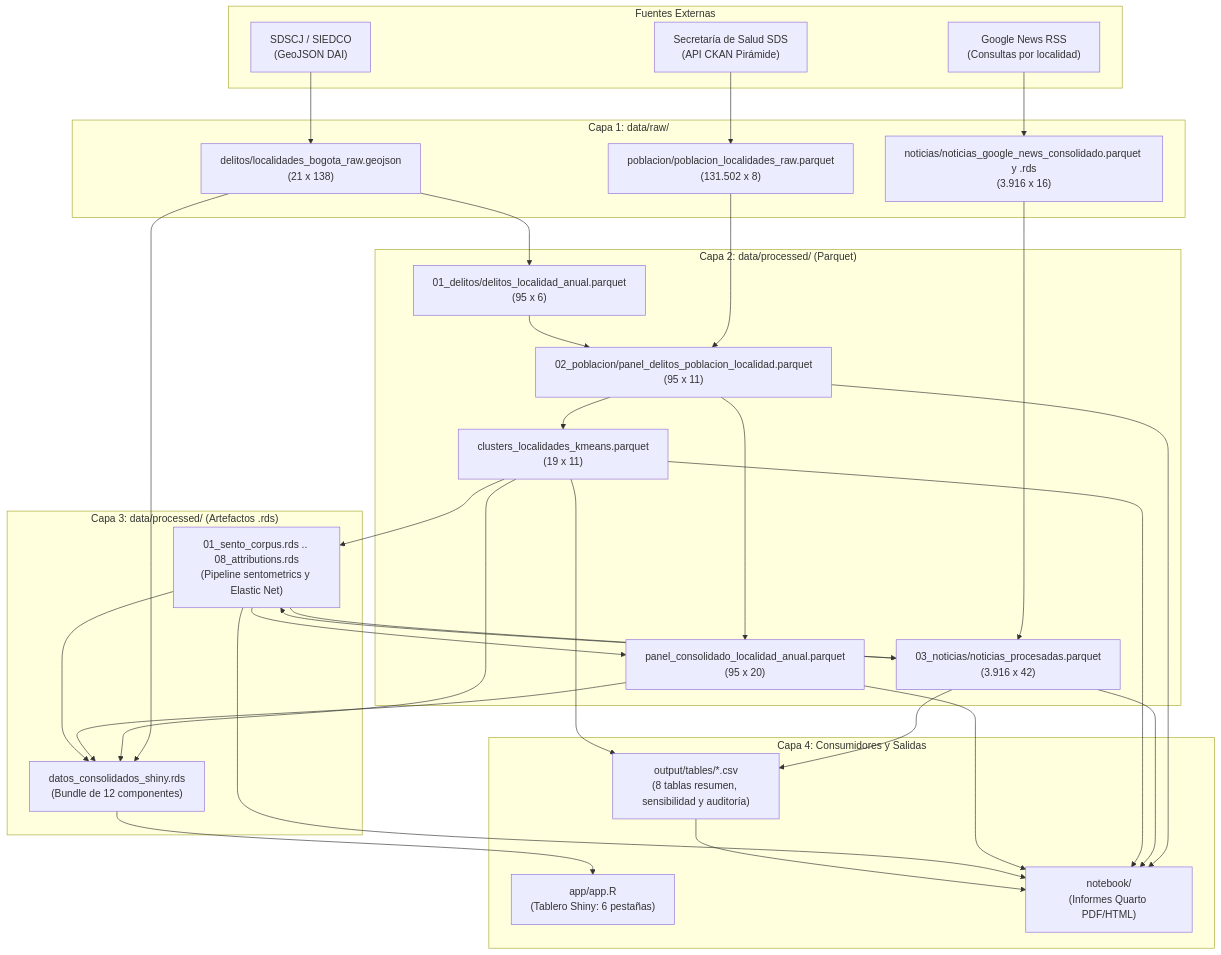
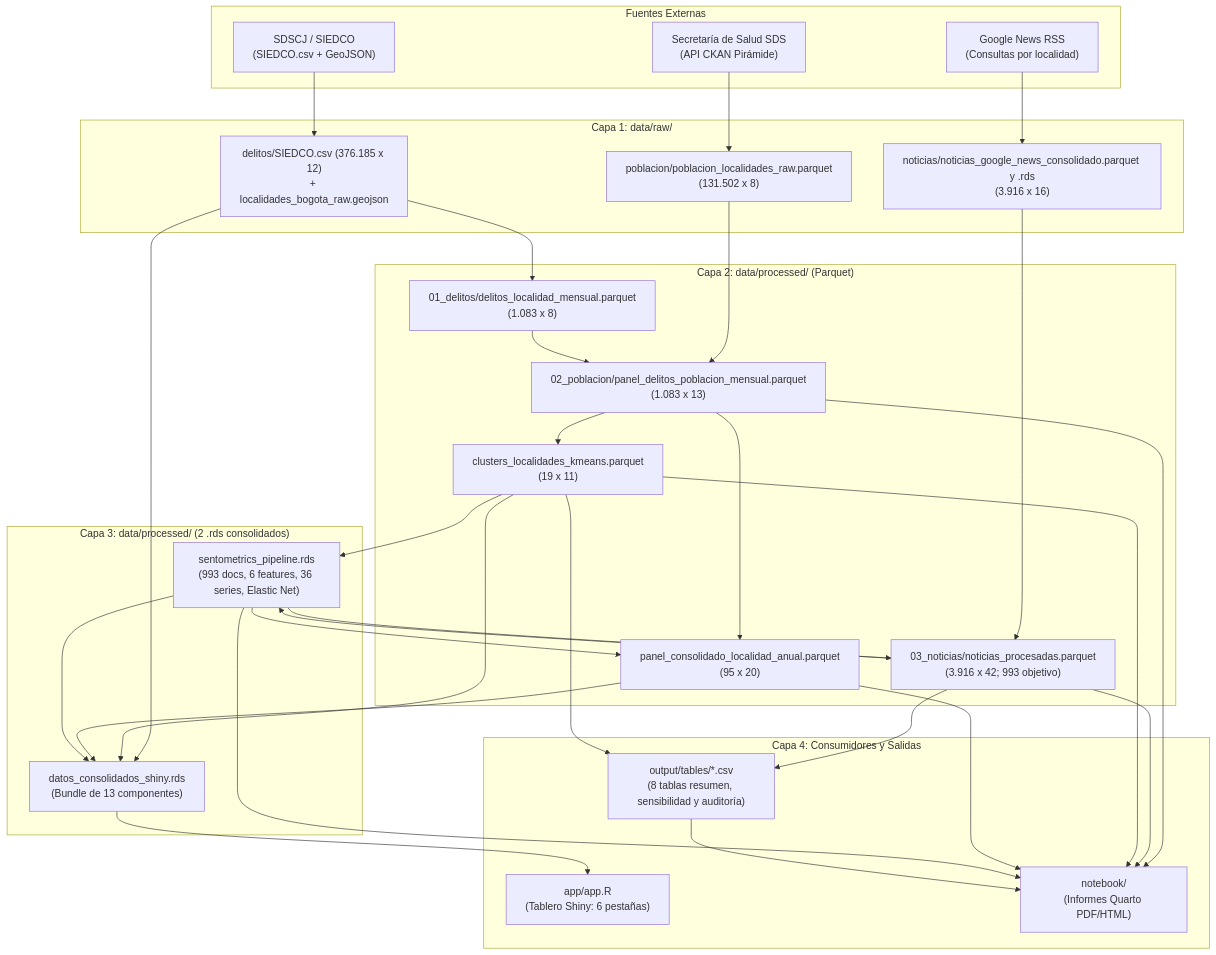
The first of 2 diagrams in docs/diccionario_datos/README.md (juanjo-edm/Repo_Entrega_Final_Taller_R), drawn with Mermaid before and after one commit. The commit also changed other lines of this file and 60 other files, not shown here.

Commit message:
feat(sentometrics,notebook,app): depura corpus objetivo (993 docs/36 series), consolida 2 .rds y sincroniza SIEDCO en Shiny, cuaderno 02 y docs

````diff
--- a/docs/diccionario_datos/README.md
+++ b/docs/diccionario_datos/README.md
@@ -28,64 +28,64 @@
 ```mermaid
 flowchart TD
     subgraph Fuentes["Fuentes Externas"]
-        F1["SDSCJ / SIEDCO\n(GeoJSON DAI)"]
+        F1["SDSCJ / SIEDCO\n(SIEDCO.csv + GeoJSON)"]
         F2["Secretaría de Salud SDS\n(API CKAN Pirámide)"]
         F3["Google News RSS\n(Consultas por localidad)"]
     end
 
     subgraph Capa1["Capa 1: data/raw/"]
-        R1["delitos/localidades_bogota_raw.geojson\n(21 x 138)"]
+        R1["delitos/SIEDCO.csv (376.185 x 12)\n+ localidades_bogota_raw.geojson"]
         R2["poblacion/poblacion_localidades_raw.parquet\n(131.502 x 8)"]
         R3["noticias/noticias_google_news_consolidado.parquet y .rds\n(3.916 x 16)"]
     end
 
     subgraph Capa2["Capa 2: data/processed/ (Parquet)"]
-        P1["01_delitos/delitos_localidad_anual.parquet\n(95 x 6)"]
-        P2["02_poblacion/panel_delitos_poblacion_localidad.parquet\n(95 x 11)"]
-        P3["03_noticias/noticias_procesadas.parquet\n(3.916 x 42)"]
+        P1["01_delitos/delitos_localidad_mensual.parquet\n(1.083 x 8)"]
+        P2["02_poblacion/panel_delitos_poblacion_mensual.parquet\n(1.083 x 13)"]
+        P3["03_noticias/noticias_procesadas.parquet\n(3.916 x 42; 993 objetivo)"]
         P4["clusters_localidades_kmeans.parquet\n(19 x 11)"]
         P5["panel_consolidado_localidad_anual.parquet\n(95 x 20)"]
     end
 
-    subgraph Capa3["Capa 3: data/processed/ (Artefactos .rds)"]
-        S1["01_sento_corpus.rds .. 08_attributions.rds\n(Pipeline sentometrics y Elastic Net)"]
-        S2["datos_consolidados_shiny.rds\n(Bundle de 12 componentes)"]
+    subgraph Capa3["Capa 3: data/processed/ (2 .rds consolidados)"]
+        S1["sentometrics_pipeline.rds\n(993 docs, 6 features, 36 series, Elastic Net)"]
+        S2["datos_consolidados_shiny.rds\n(Bundle de 13 componentes)"]
     end
 
     subgraph Capa4["Capa 4: Consumidores y Salidas"]
         O1["output/tables/*.csv\n(8 tablas resumen, sensibilidad y auditoría)"]
         O2["app/app.R\n(Tablero Shiny: 6 pestañas)"]
         O3["notebook/\n(Informes Quarto PDF/HTML)"]
     end
 
     F1 --> R1
     F2 --> R2
     F3 --> R3
 
     R1 --> P1
     R1 --> S2
     R2 --> P2
     P1 --> P2
     R3 --> P3
 
     P2 --> P4
     P2 --> P5
     P3 --> S1
     P4 --> S1
     S1 --> P3
     S1 --> P5
 
     P4 --> S2
     P5 --> S2
     S1 --> S2
 
     P3 --> O1
     P4 --> O1
     S2 --> O2
     P2 --> O3
     P3 --> O3
     P4 --> O3
     P5 --> O3
     S1 --> O3
     O1 --> O3
 ```
````
